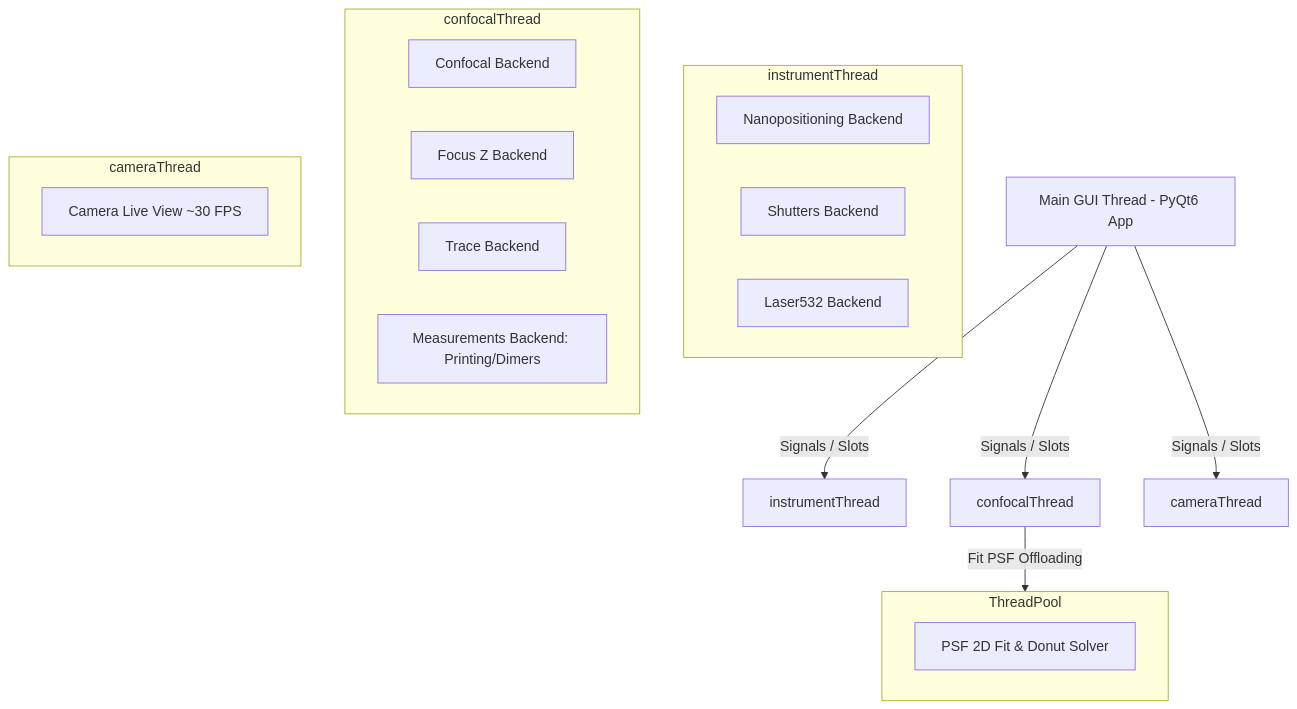
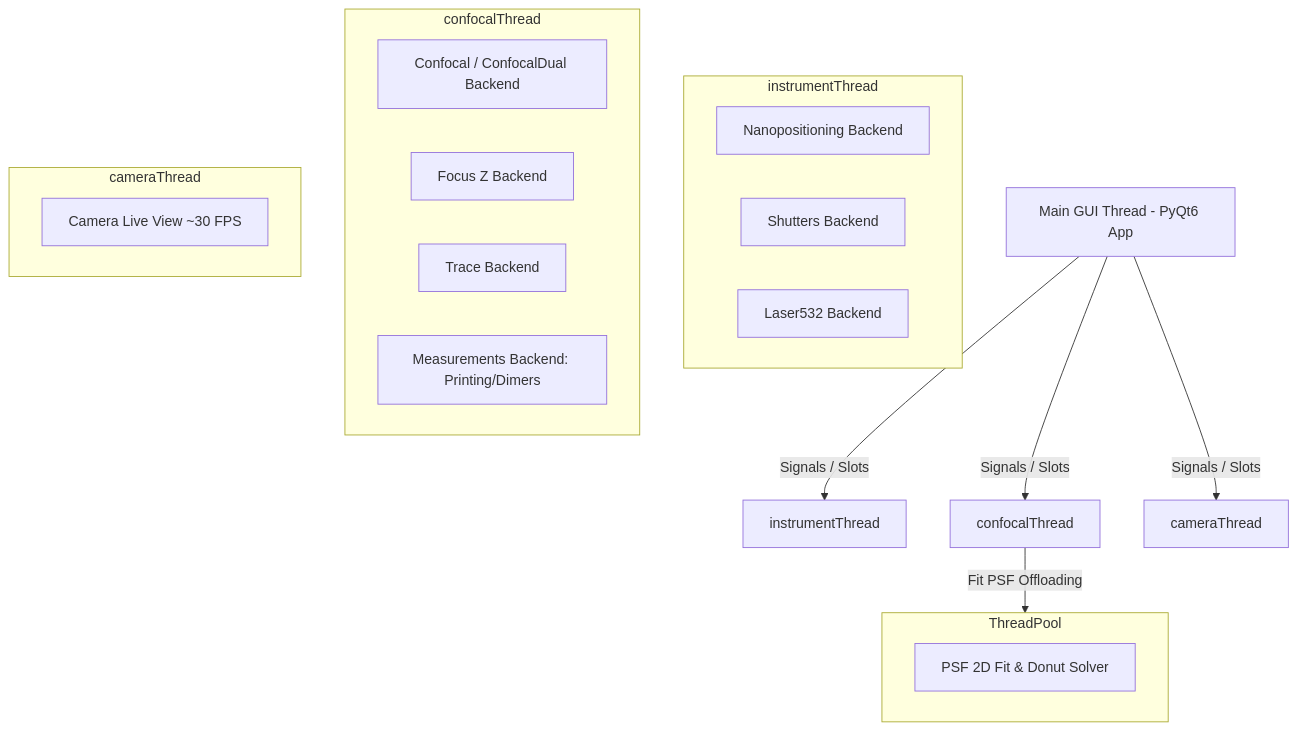
Before and after one commit to joselitog1999/pyprinting_3.0: the first of 2 diagrams in README.md, drawn with Mermaid. The commit also changed other lines of this file and 1 other file, not shown here.

````diff
--- a/README.md
+++ b/README.md
@@ -111,28 +117,28 @@
 ```mermaid
 graph TD
     GUI[Main GUI Thread - PyQt6 App] -->|Signals / Slots| InstrumentThread[instrumentThread]
     GUI -->|Signals / Slots| ConfocalThread[confocalThread]
     GUI -->|Signals / Slots| CameraThread[cameraThread]
     ConfocalThread -->|Fit PSF Offloading| ThreadPool[ThreadPoolExecutor]
 
     subgraph instrumentThread
         nanoWorker[Nanopositioning Backend]
         shuttersWorker[Shutters Backend]
         laserBackend[Laser532 Backend]
     end
 
     subgraph confocalThread
-        confocalWorker[Confocal Backend]
+        confocalWorker[Confocal / ConfocalDual Backend]
         focusWorker[Focus Z Backend]
         traceWorker[Trace Backend]
         measWorker[Measurements Backend: Printing/Dimers]
     end
 
     subgraph cameraThread
         cameraWorker[Camera Live View ~30 FPS]
     end
 
     subgraph ThreadPool
         psfWorker[PSF 2D Fit & Donut Solver]
     end
 ```
````
